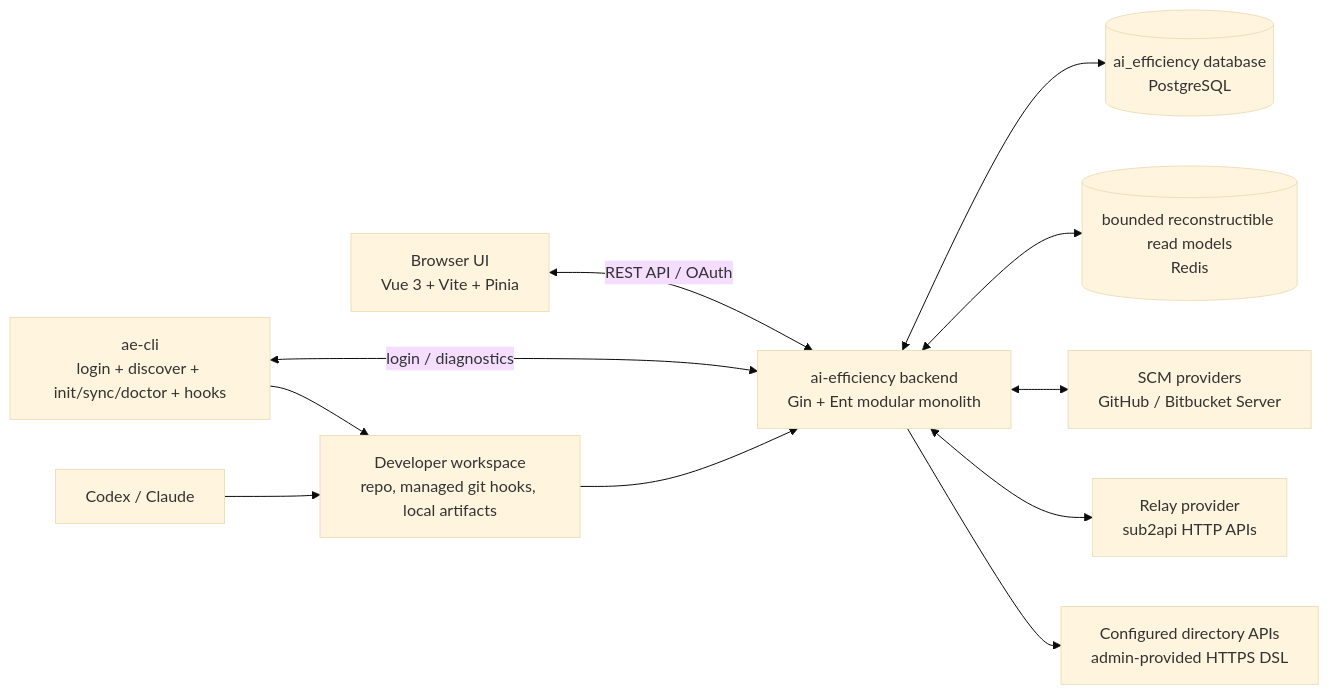
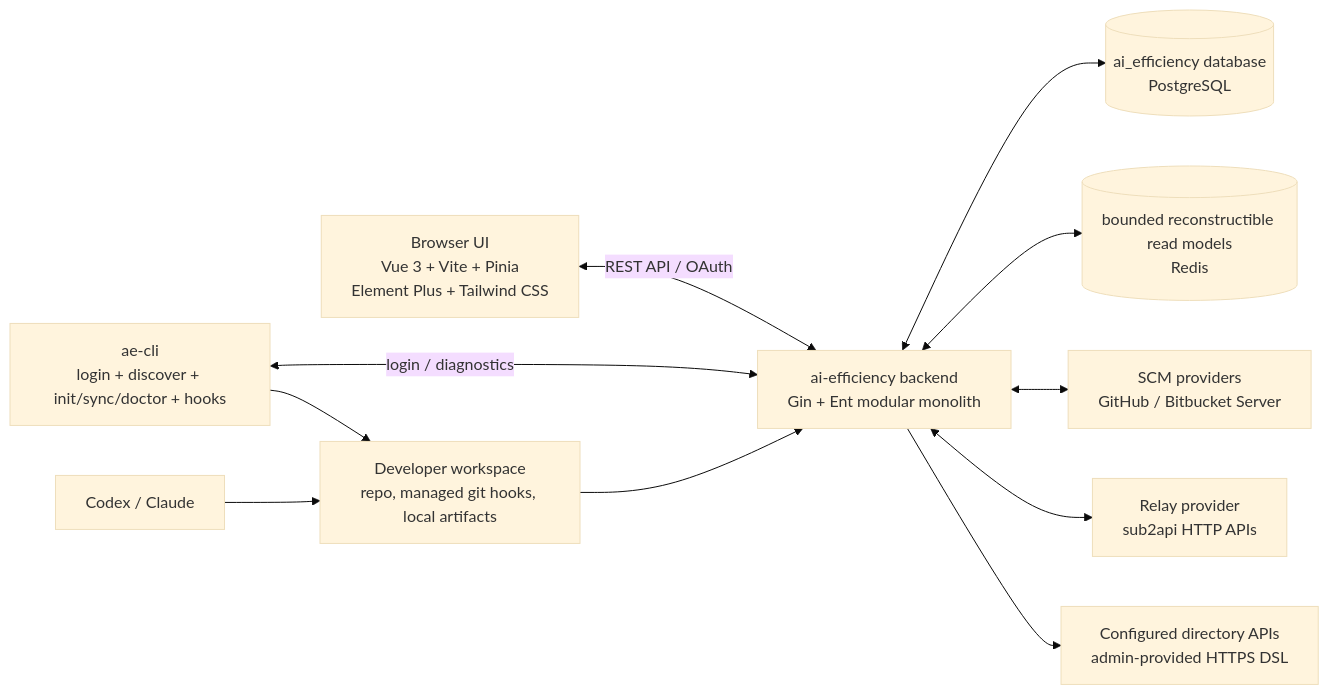
One commit to LichKing-2234/ai-efficiency changed the first of 4 diagrams in docs/architecture.md. Above: the diagram before and after it, drawn with Mermaid (base theme). The commit also changed other lines of this file and 79 other files, not shown here.

Commit message:
refactor(frontend): migrate UI to Element Plus

````diff
--- a/docs/architecture.md
+++ b/docs/architecture.md
@@ -40,24 +40,24 @@
 ```mermaid
 flowchart LR
-    Browser["Browser UI<br/>Vue 3 + Vite + Pinia"]
+    Browser["Browser UI<br/>Vue 3 + Vite + Pinia<br/>Element Plus + Tailwind CSS"]
     CLI["ae-cli<br/>login + discover + init/sync/doctor + hooks"]
     Tool["Codex / Claude"]
     Backend["ai-efficiency backend<br/>Gin + Ent modular monolith"]
     DB[("ai_efficiency database<br/>PostgreSQL")]
     Redis[("bounded reconstructible read models<br/>Redis")]
     SCM["SCM providers<br/>GitHub / Bitbucket Server"]
     Relay["Relay provider<br/>sub2api HTTP APIs"]
     Directory["Configured directory APIs<br/>admin-provided HTTPS DSL"]
     Workspace["Developer workspace<br/>repo, managed git hooks, local artifacts"]
 
     Browser <-->|REST API / OAuth| Backend
     CLI <-->|login / diagnostics| Backend
     CLI --> Workspace
     Tool --> Workspace
     Workspace --> Backend
     Backend <--> DB
     Backend <--> Redis
     Backend <--> SCM
     Backend <--> Relay
     Backend --> Directory
 ```
````
